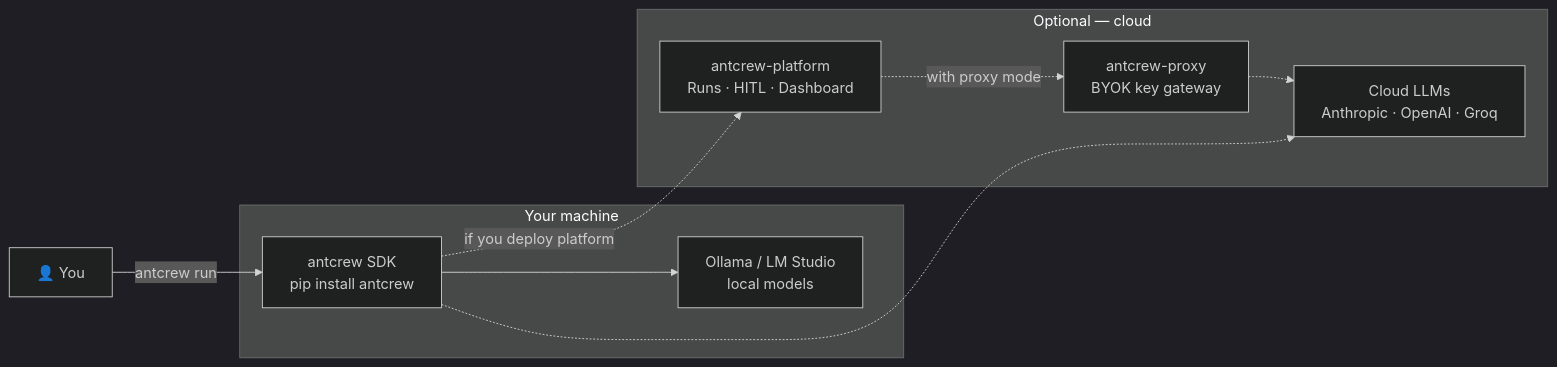
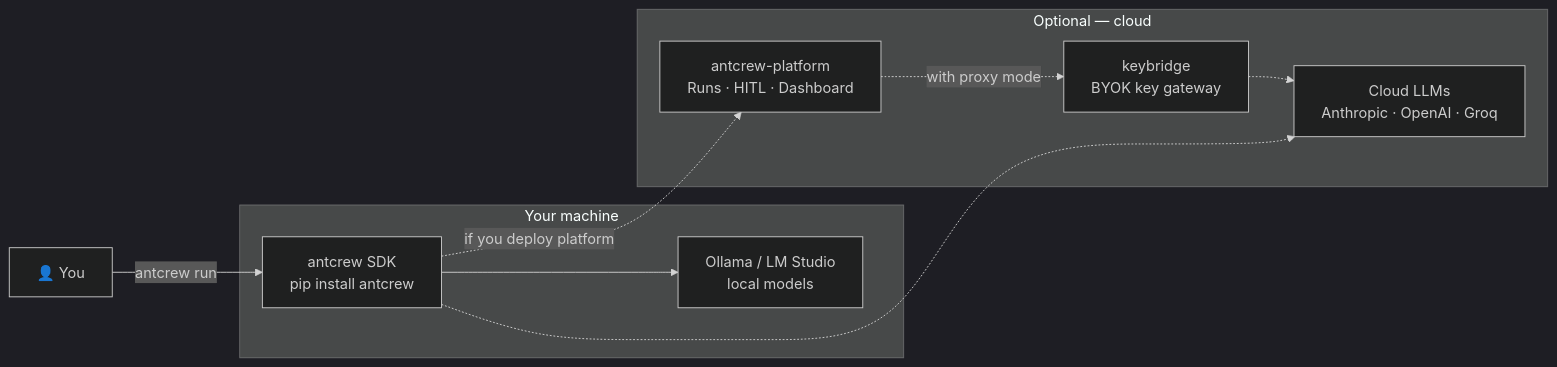
One commit to iagop03/antcrew-docs changed the diagram in docs/index.md. Above: the diagram before and after it, drawn with Mermaid (dark theme). The commit also changed other lines of this file and 13 other files, not shown here.

First line of the commit message:
docs: rename antcrew-proxy → keybridge + add Compliance Pack page

````diff
--- a/docs/index.md
+++ b/docs/index.md
@@ -41,20 +41,20 @@
 ```mermaid
 flowchart LR
     subgraph local["Your machine"]
         AC["antcrew SDK\npip install antcrew"]
         OL["Ollama / LM Studio\nlocal models"]
     end
 
     subgraph cloud_opt["Optional — cloud"]
         AP["antcrew-platform\nRuns · HITL · Dashboard"]
-        PX["antcrew-proxy\nBYOK key gateway"]
+        PX["keybridge\nBYOK key gateway"]
         CL["Cloud LLMs\nAnthropic · OpenAI · Groq"]
     end
 
     DEV["👤 You"] -->|"antcrew run"| AC
     AC --> OL
     AC -.->|"if you deploy platform"| AP
     AP -.->|"with proxy mode"| PX
     PX -.-> CL
     AC -.-> CL
 ```
````
